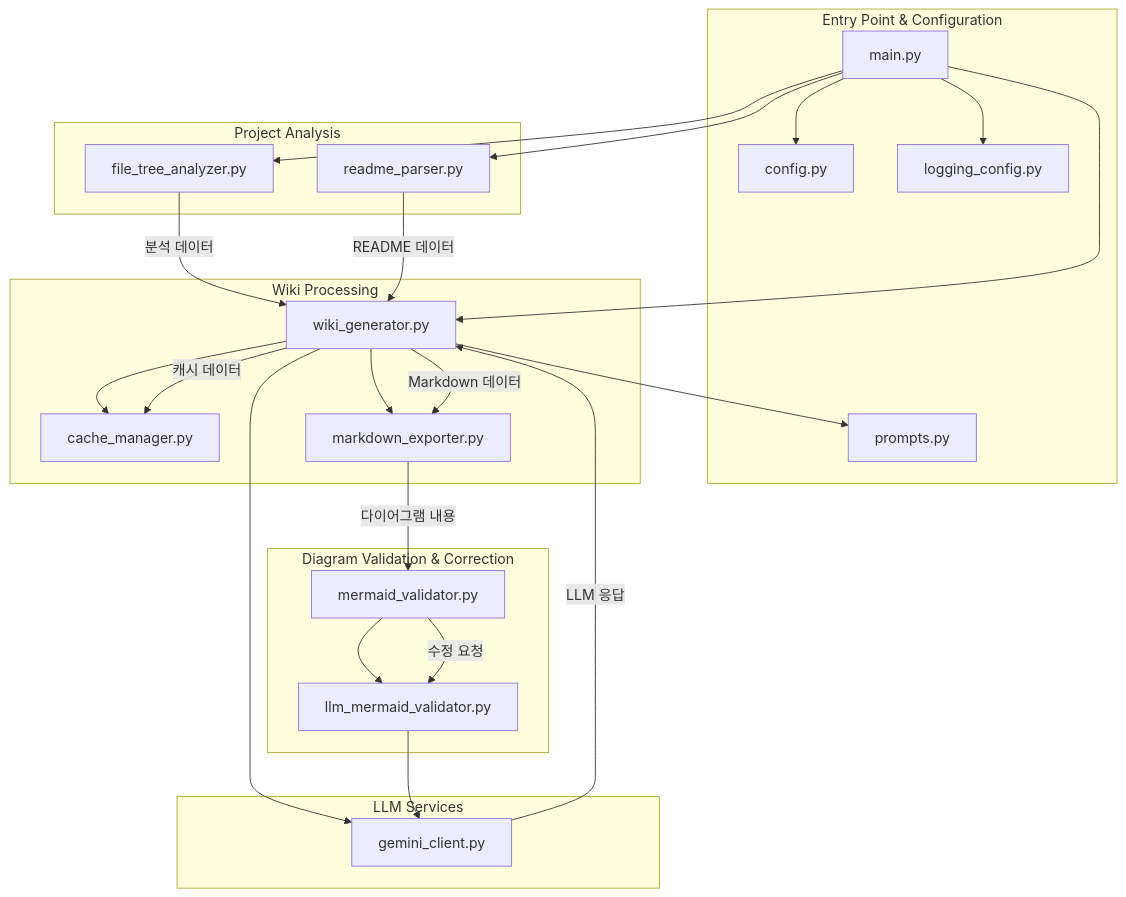
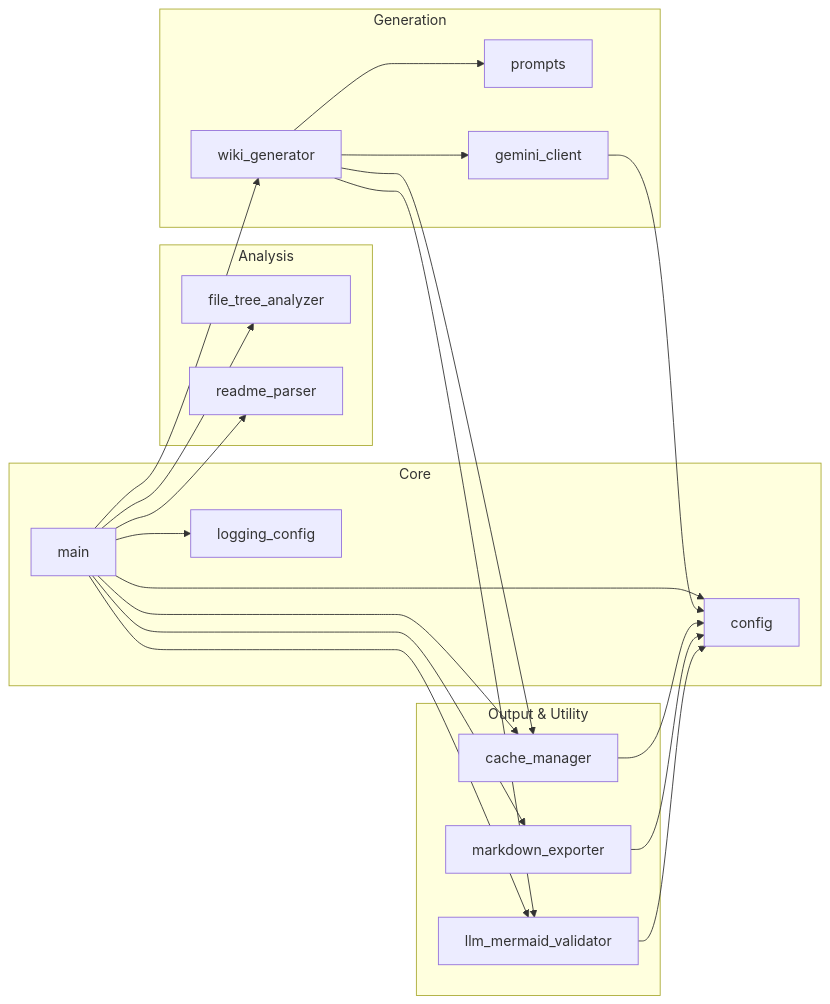
Before and after one commit to woosikseol/deepwiki-open: the second of 3 diagrams in python_kb/.adalflow/wikicache/python_kb/project_structure.md, drawn with Mermaid. The commit also changed other lines of this file and 30 other files, not shown here.

Commit message:
llm mermaid validation

````diff
--- a/python_kb/.adalflow/wikicache/python_kb/project_structure.md
+++ b/python_kb/.adalflow/wikicache/python_kb/project_structure.md
@@ -140,51 +130,44 @@
 ```mermaid
-graph TD
-    subgraph Entry Point & Configuration
-        A[main.py]
-        B[config.py]
-        C[logging_config.py]
-        D[prompts.py]
+graph LR
+    subgraph "Core"
+        main
+        config
+        logging_config
     end
 
-    subgraph Project Analysis
-        E[file_tree_analyzer.py]
-        F[readme_parser.py]
+    subgraph "Analysis"
+        file_tree_analyzer
+        readme_parser
     end
 
-    subgraph LLM Services
-        G[gemini_client.py]
+    subgraph "Generation"
+        wiki_generator
+        prompts
+        gemini_client
     end
 
-    subgraph Wiki Processing
-        H[wiki_generator.py]
-        I[cache_manager.py]
-        J[markdown_exporter.py]
+    subgraph "Output & Utility"
+        cache_manager
+        markdown_exporter
+        llm_mermaid_validator
     end
 
-    subgraph Diagram Validation & Correction
-        K[mermaid_validator.py]
-        L[llm_mermaid_validator.py]
-    end
+    main --> config
+    main --> logging_config
+    main --> file_tree_analyzer
+    main --> readme_parser
+    main --> wiki_generator
+    main --> cache_manager
+    main --> markdown_exporter
+    main --> llm_mermaid_validator
 
-    A --> B
-    A --> C
-    A --> E
-    A --> F
-    A --> H
+    wiki_generator --> gemini_client
+    wiki_generator --> prompts
+    wiki_generator --> cache_manager
+    wiki_generator --> llm_mermaid_validator
 
-    H --> D
-    H --> G
-    H --> I
-    H --> J
-
-    K --> L
-    L --> G
-
-    E -- "분석 데이터" --> H
-    F -- "README 데이터" --> H
-    G -- "LLM 응답" --> H
-    H -- "캐시 데이터" --> I
-    H -- "Markdown 데이터" --> J
-    J -- "다이어그램 내용" --> K
-    K -- "수정 요청" --> L
+    gemini_client --> config
+    cache_manager --> config
+    markdown_exporter --> config
+    llm_mermaid_validator --> config
 ```
````
